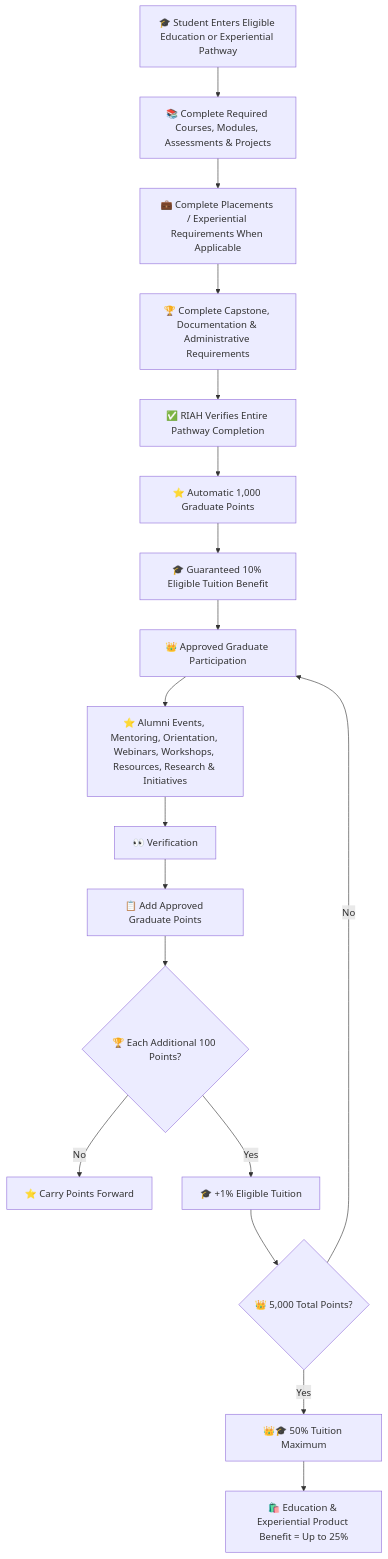
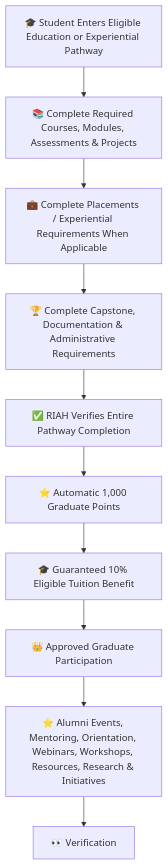
The first of 3 diagrams in Contributor-Benefits/STUDENTS.md (RIAHPathway/Website), drawn with Mermaid before and after one commit. The commit also changed other lines of this file, not shown here.

Commit message:
Split oversized Mermaid flows for readability

````diff
--- a/Contributor-Benefits/STUDENTS.md
+++ b/Contributor-Benefits/STUDENTS.md
@@ -33,20 +35,12 @@
 ```mermaid
 flowchart TB
 A["🎓 Student Enters Eligible Education or Experiential Pathway"] --> B["📚 Complete Required Courses, Modules, Assessments & Projects"]
 B --> C["💼 Complete Placements / Experiential Requirements When Applicable"]
 C --> D["🏆 Complete Capstone, Documentation & Administrative Requirements"]
 D --> E["✅ RIAH Verifies Entire Pathway Completion"]
 E --> F["⭐ Automatic 1,000 Graduate Points"]
 F --> G["🎓 Guaranteed 10% Eligible Tuition Benefit"]
 G --> H["👑 Approved Graduate Participation"]
 H --> I["⭐ Alumni Events, Mentoring, Orientation, Webinars, Workshops, Resources, Research & Initiatives"]
 I --> J["👀 Verification"]
-J --> K["📋 Add Approved Graduate Points"]
-K --> L{"🏆 Each Additional 100 Points?"}
-L -- No --> M["⭐ Carry Points Forward"]
-L -- Yes --> N["🎓 +1% Eligible Tuition"]
-N --> O{"👑 5,000 Total Points?"}
-O -- No --> H
-O -- Yes --> P["👑🎓 50% Tuition Maximum"]
-P --> Q["🛍️ Education & Experiential Product Benefit = Up to 25%"]
 ```
````
